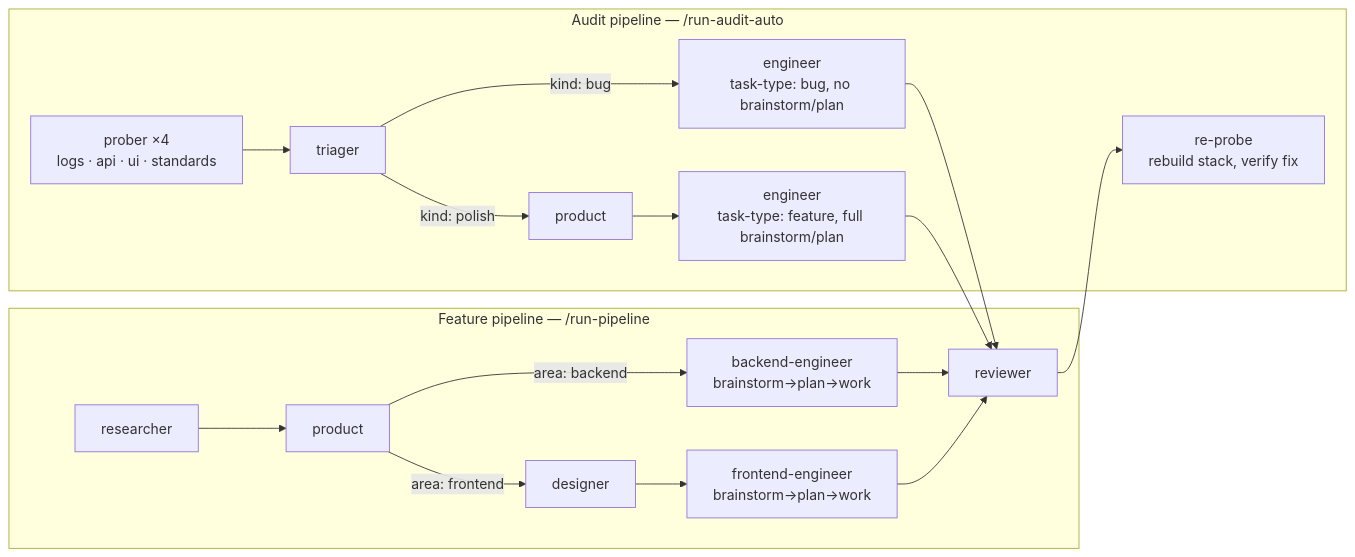
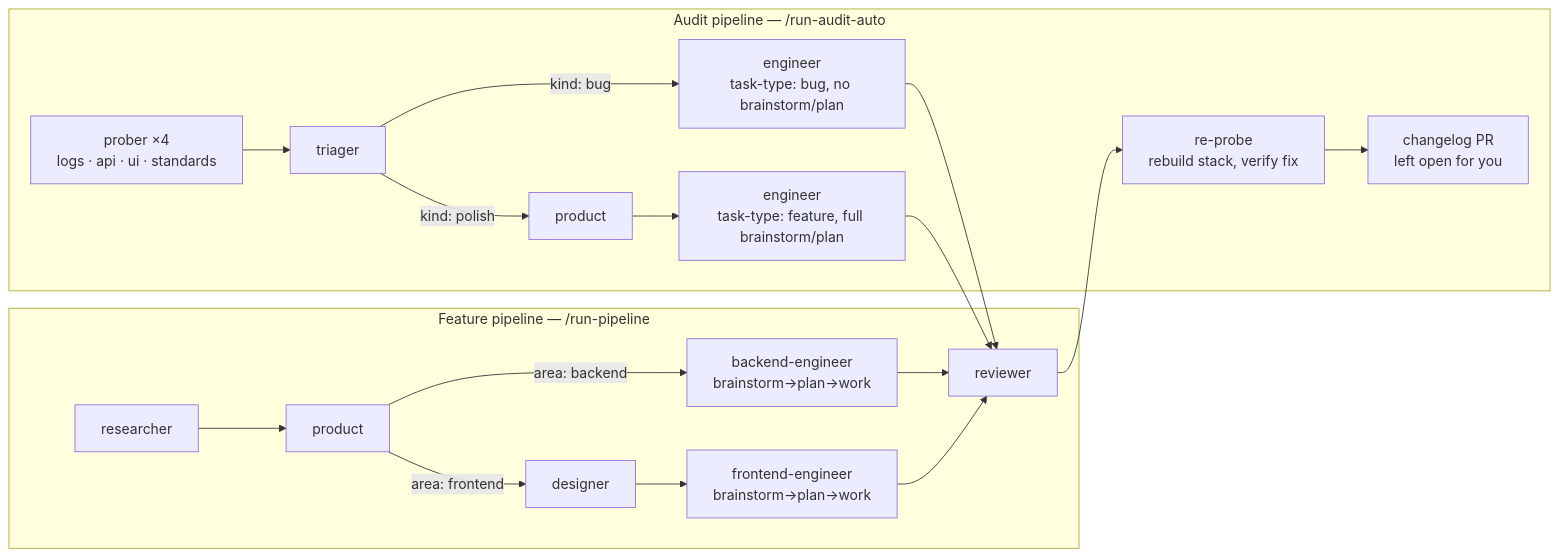
The diagram in docs/agent-pipeline.md (Mateja97/roamly), drawn with Mermaid before and after one commit. The commit also changed other lines of this file and 3 other files, not shown here.

````diff
--- a/docs/agent-pipeline.md
+++ b/docs/agent-pipeline.md
@@ -8,21 +8,22 @@
 ```mermaid
 flowchart LR
     subgraph FP["Feature pipeline — /run-pipeline"]
         R[researcher] --> P[product]
         P -- "area: frontend" --> D[designer]
         P -- "area: backend" --> EB["backend-engineer\nbrainstorm→plan→work"]
         D --> EF["frontend-engineer\nbrainstorm→plan→work"]
         EB --> RV[reviewer]
         EF --> RV
     end
 
     subgraph AP["Audit pipeline — /run-audit-auto"]
         PR1["prober ×4\nlogs · api · ui · standards"] --> TR[triager]
         TR -- "kind: polish" --> PG[product]
         TR -- "kind: bug" --> EBUG["engineer\ntask-type: bug, no brainstorm/plan"]
         PG --> EPOL["engineer\ntask-type: feature, full brainstorm/plan"]
         EBUG --> RV
         EPOL --> RV
         RV --> RP["re-probe\nrebuild stack, verify fix"]
+        RP --> CL["changelog PR\nleft open for you"]
     end
 ```
````
